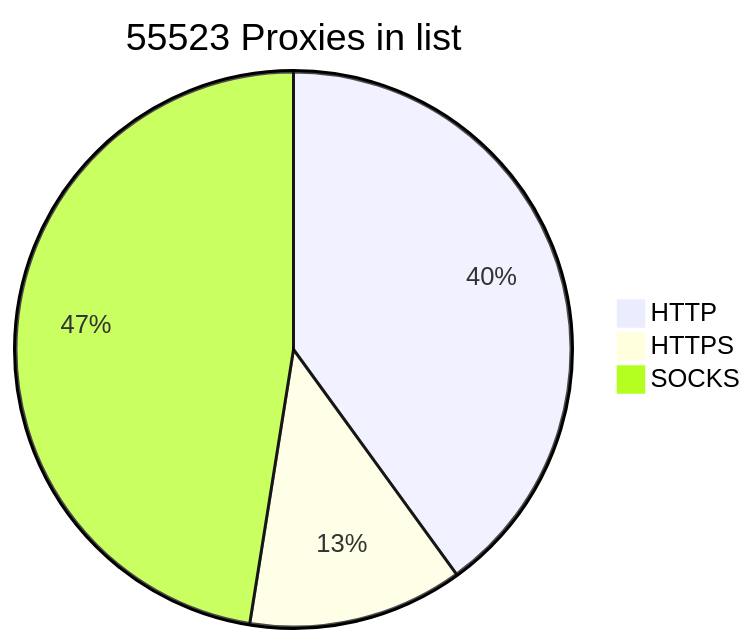
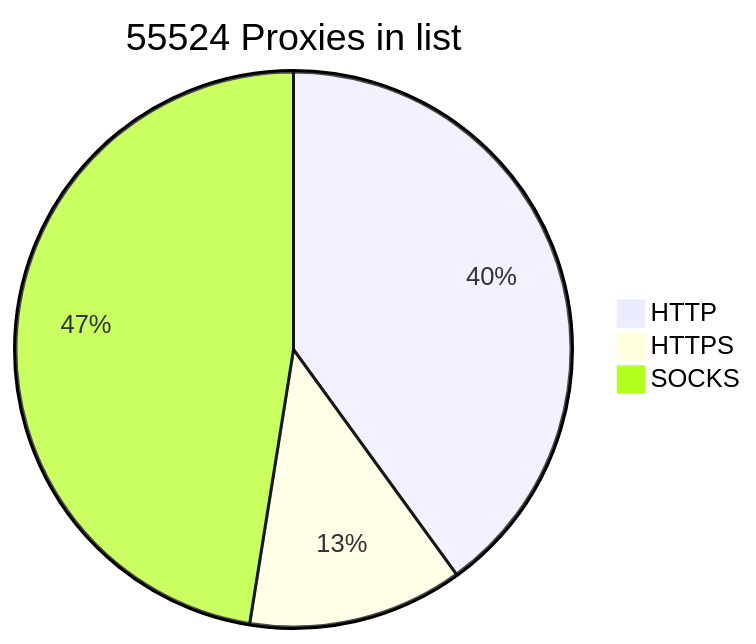
Before and after one commit to BlackSnowDot/proxylist-update-every-minute: the diagram in README.md, drawn with Mermaid.

````diff
--- a/README.md
+++ b/README.md
@@ -2,6 +2,6 @@
 ```mermaid
-pie title 55523 Proxies in list
-    "HTTP" : 24863
+pie title 55524 Proxies in list
+    "HTTP" : 24868
     "HTTPS": 7770
-    "SOCKS" : 29501
+    "SOCKS" : 29502
 ```
````
